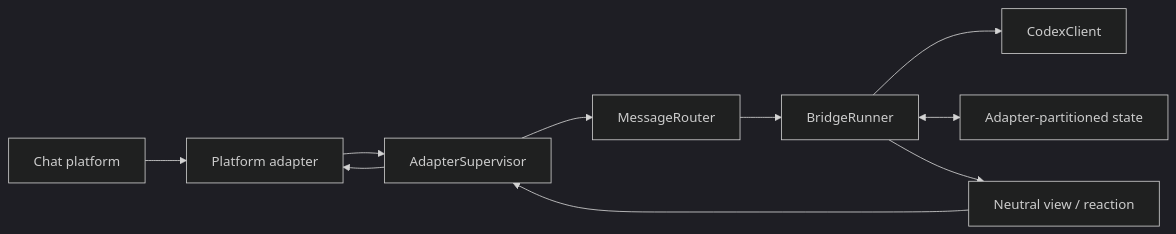
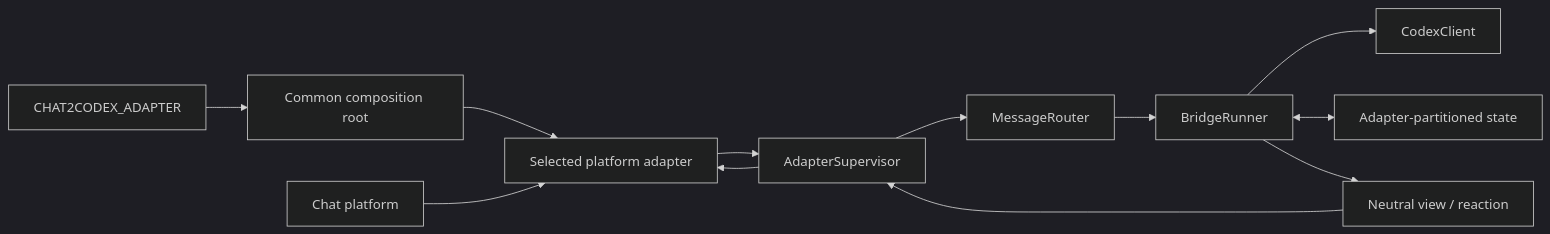
The diagram in docs/architecture.md (hzhaoy/chat2codex), drawn with Mermaid (dark theme) before and after one commit. The commit also changed other lines of this file and 6 other files, not shown here.

````diff
--- a/docs/architecture.md
+++ b/docs/architecture.md
@@ -8,12 +10,14 @@
 ```mermaid
 flowchart LR
-  Platform["Chat platform"] --> Adapter["Platform adapter"]
+  Selector["CHAT2CODEX_ADAPTER"] --> Composition["Common composition root"]
+  Composition --> Adapter["Selected platform adapter"]
+  Platform["Chat platform"] --> Adapter
   Adapter --> Supervisor["AdapterSupervisor"]
   Supervisor --> Router["MessageRouter"]
   Router --> Runner["BridgeRunner"]
   Runner --> Codex["CodexClient"]
   Runner <--> State["Adapter-partitioned state"]
   Runner --> Output["Neutral view / reaction"]
   Output --> Supervisor
   Supervisor --> Adapter
 ```
````
